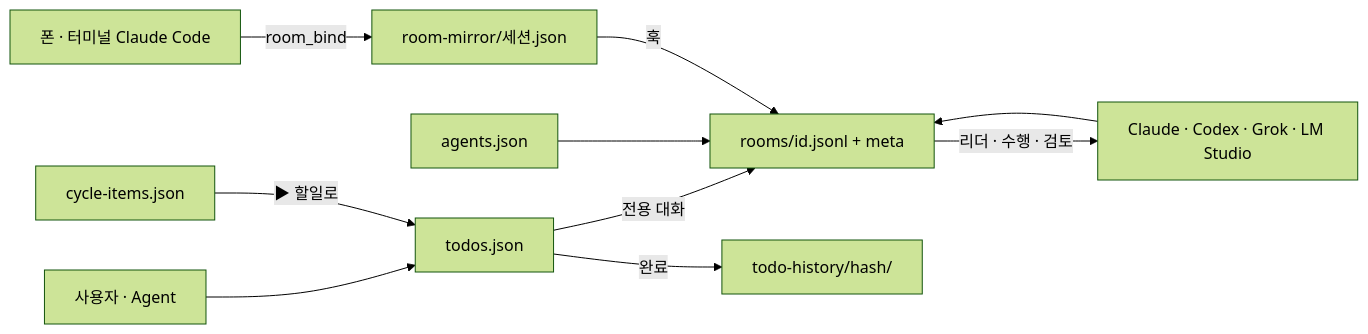
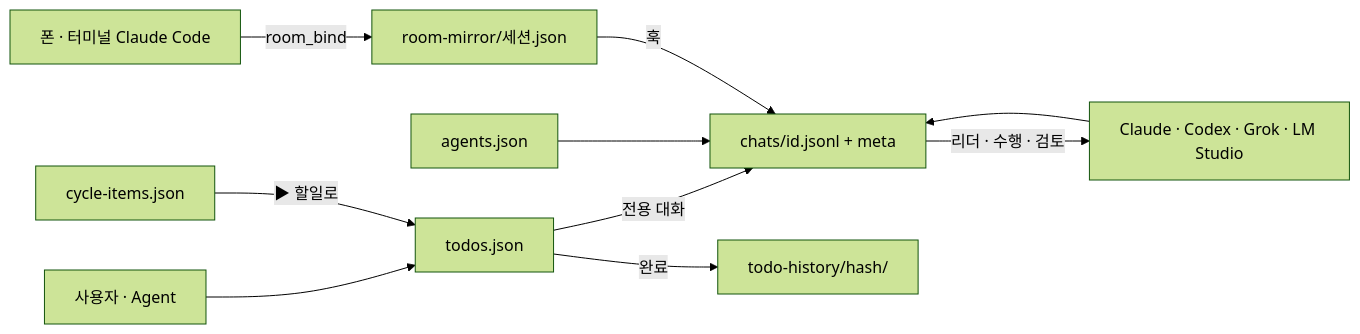
The second of 2 diagrams in knowledge/patchbay/기획/저장구조.md (Han-Archives/Patchbay), drawn with Mermaid (forest theme) before and after one commit. The commit also changed other lines of this file and 21 other files, not shown here.

````diff
--- a/knowledge/patchbay/기획/저장구조.md
+++ b/knowledge/patchbay/기획/저장구조.md
@@ -181,9 +185,9 @@
 ```mermaid
 flowchart LR
-  U["사용자 · Agent"] --> T["todos.json"] -->|"전용 대화"| R["rooms/id.jsonl + meta"]
+  U["사용자 · Agent"] --> T["todos.json"] -->|"전용 대화"| R["chats/id.jsonl + meta"]
   AG["agents.json"] --> R
   R -->|"리더 · 수행 · 검토"| L["Claude · Codex · Grok · LM Studio"] --> R
   CC["폰 · 터미널 Claude Code"] -->|"room_bind"| M["room-mirror/세션.json"] -->|"훅"| R
   T -->|"완료"| H["todo-history/hash/"]
   CI["cycle-items.json"] -->|"▶ 할일로"| T
 ```
````
